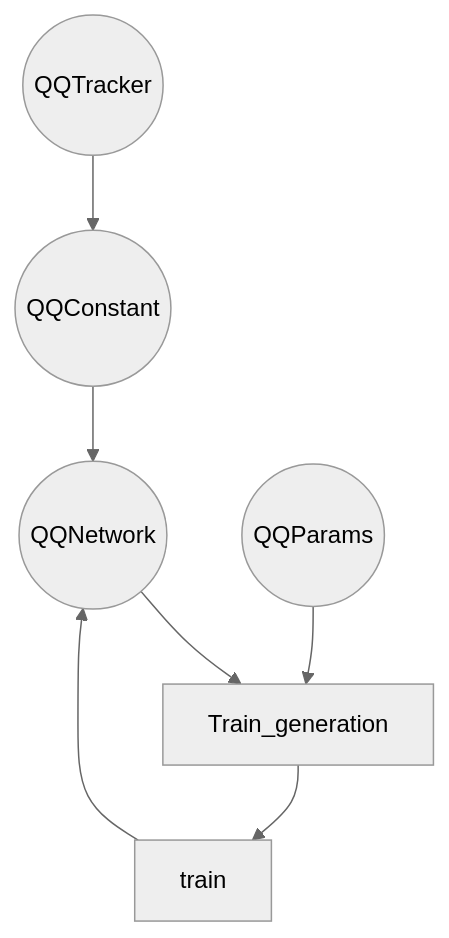
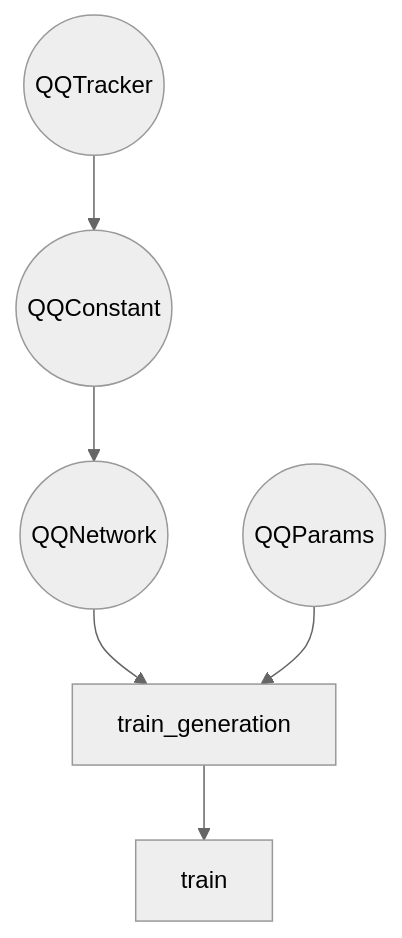
The diagram in docs/quantum_oscilator/architecture.md (Hajatu/NNEVE), drawn with Mermaid (neutral theme) before and after one commit. The commit also changed other lines of this file, not shown here.

````diff
--- a/docs/quantum_oscilator/architecture.md
+++ b/docs/quantum_oscilator/architecture.md
@@ -69,9 +71,8 @@
 ```mermaid
 flowchart TD
     A((QQTracker)) --> B((QQConstant))
     B --> C((QQNetwork))
-    C --> D[Train_generation]
+    C --> D[train_generation]
     D --> E[train]
-    E-->C
     F((QQParams)) --> D
 ```
````
